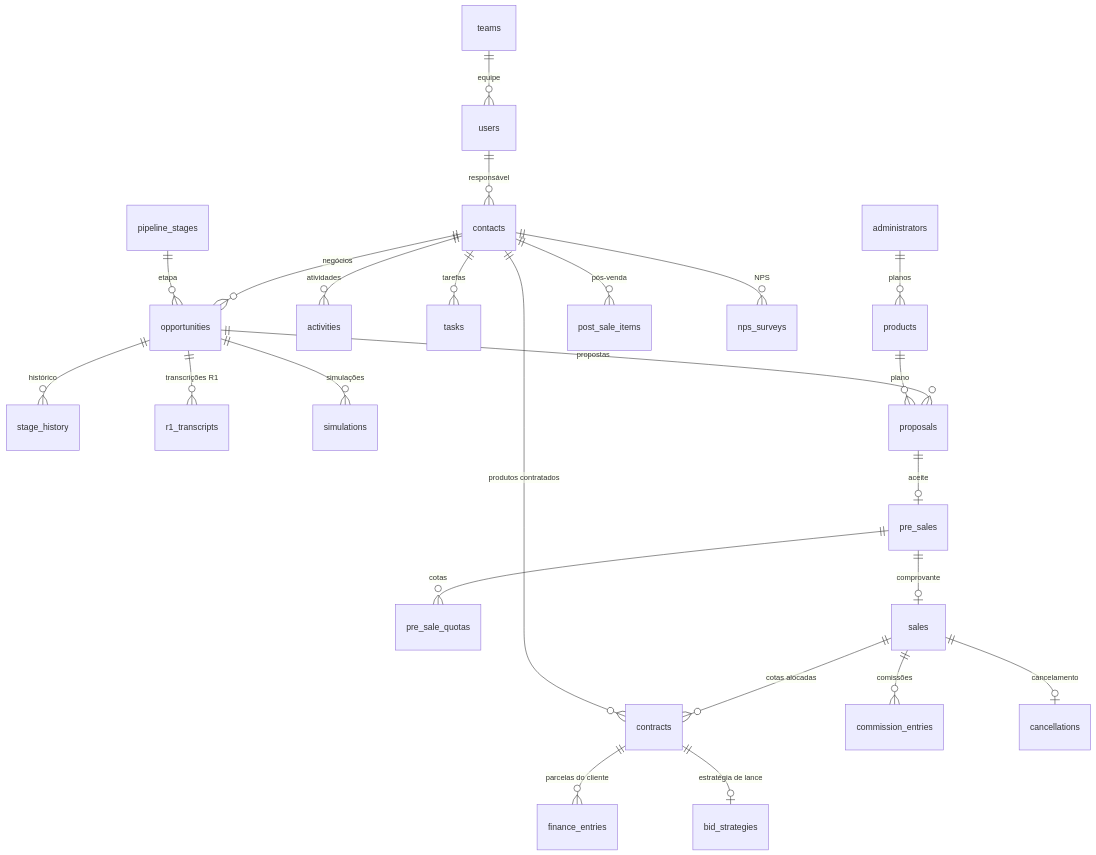
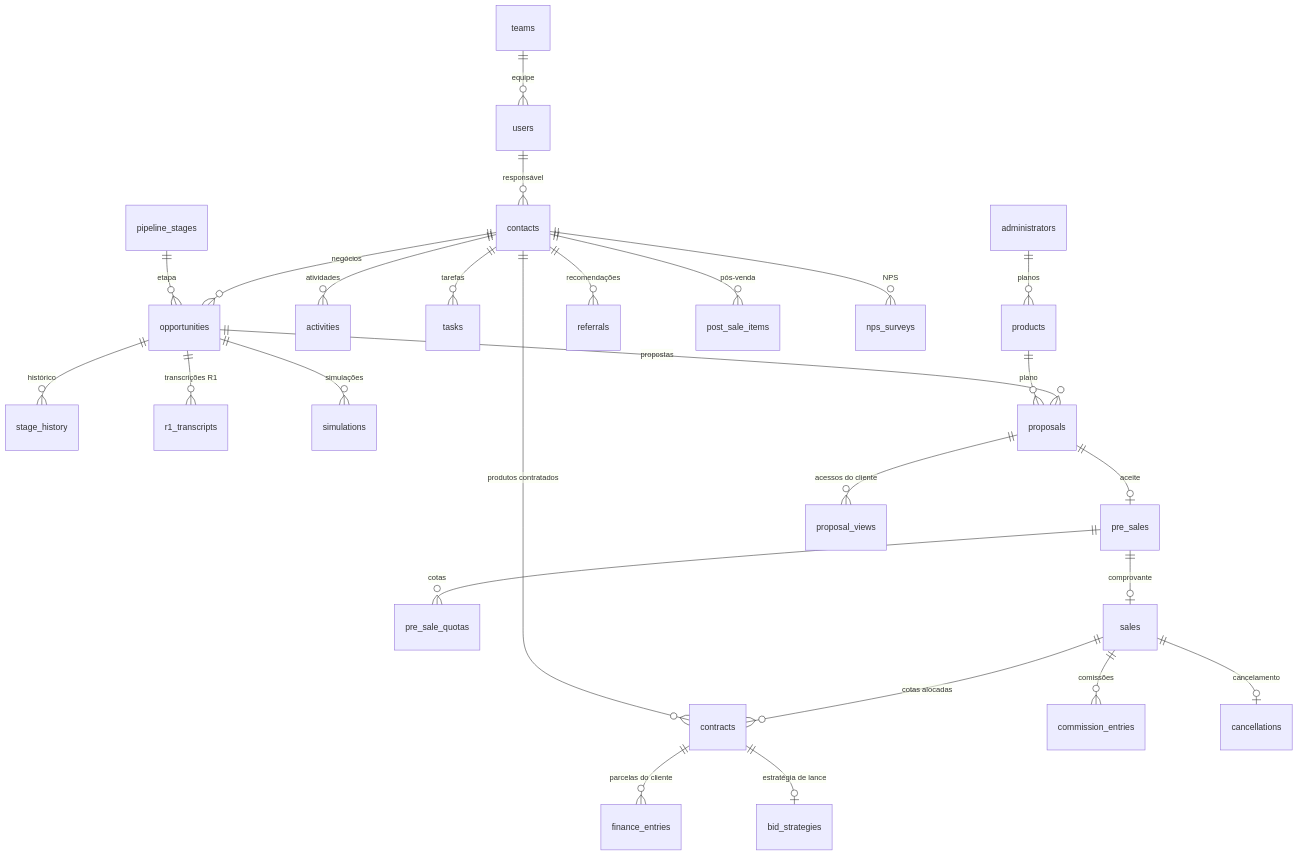
The first of 2 diagrams in docs/MODELO_DE_DADOS.md (GabrielBava/CRM_Cons-rcios_Prim-rio), drawn with Mermaid before and after one commit. The commit also changed other lines of this file and 17 other files, not shown here.

````diff
--- a/docs/MODELO_DE_DADOS.md
+++ b/docs/MODELO_DE_DADOS.md
@@ -9,26 +9,28 @@
 ```mermaid
 erDiagram
   users ||--o{ contacts : "responsável"
   teams ||--o{ users : "equipe"
   contacts ||--o{ opportunities : "negócios"
   pipeline_stages ||--o{ opportunities : "etapa"
   opportunities ||--o{ stage_history : "histórico"
   opportunities ||--o{ r1_transcripts : "transcrições R1"
   contacts ||--o{ activities : "atividades"
   contacts ||--o{ tasks : "tarefas"
   opportunities ||--o{ simulations : "simulações"
   opportunities ||--o{ proposals : "propostas"
   products ||--o{ proposals : "plano"
   administrators ||--o{ products : "planos"
   proposals ||--o| pre_sales : "aceite"
+  proposals ||--o{ proposal_views : "acessos do cliente"
+  contacts ||--o{ referrals : "recomendações"
   pre_sales ||--o{ pre_sale_quotas : "cotas"
   pre_sales ||--o| sales : "comprovante"
   sales ||--o{ contracts : "cotas alocadas"
   sales ||--o{ commission_entries : "comissões"
   sales ||--o| cancellations : "cancelamento"
   contacts ||--o{ contracts : "produtos contratados"
   contracts ||--o{ finance_entries : "parcelas do cliente"
   contracts ||--o| bid_strategies : "estratégia de lance"
   contacts ||--o{ post_sale_items : "pós-venda"
   contacts ||--o{ nps_surveys : "NPS"
 ```
````
